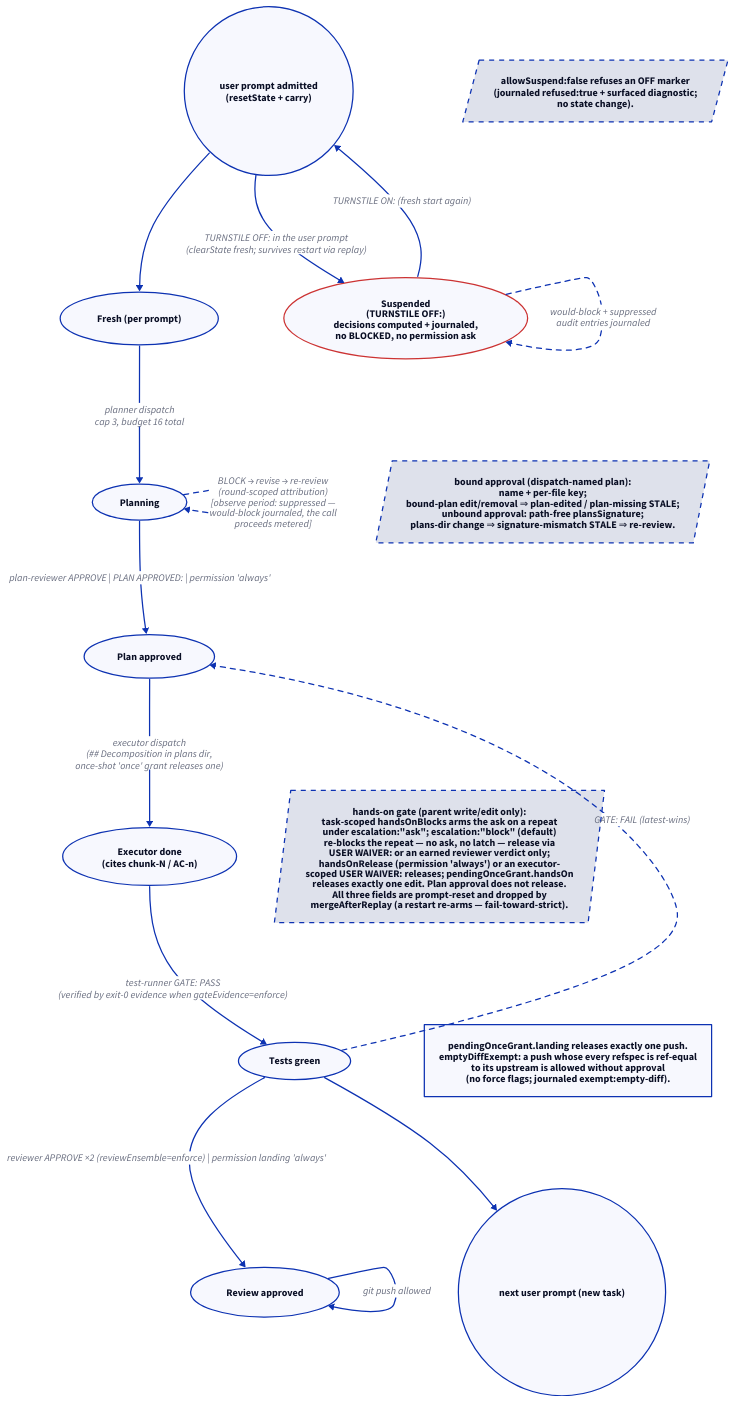
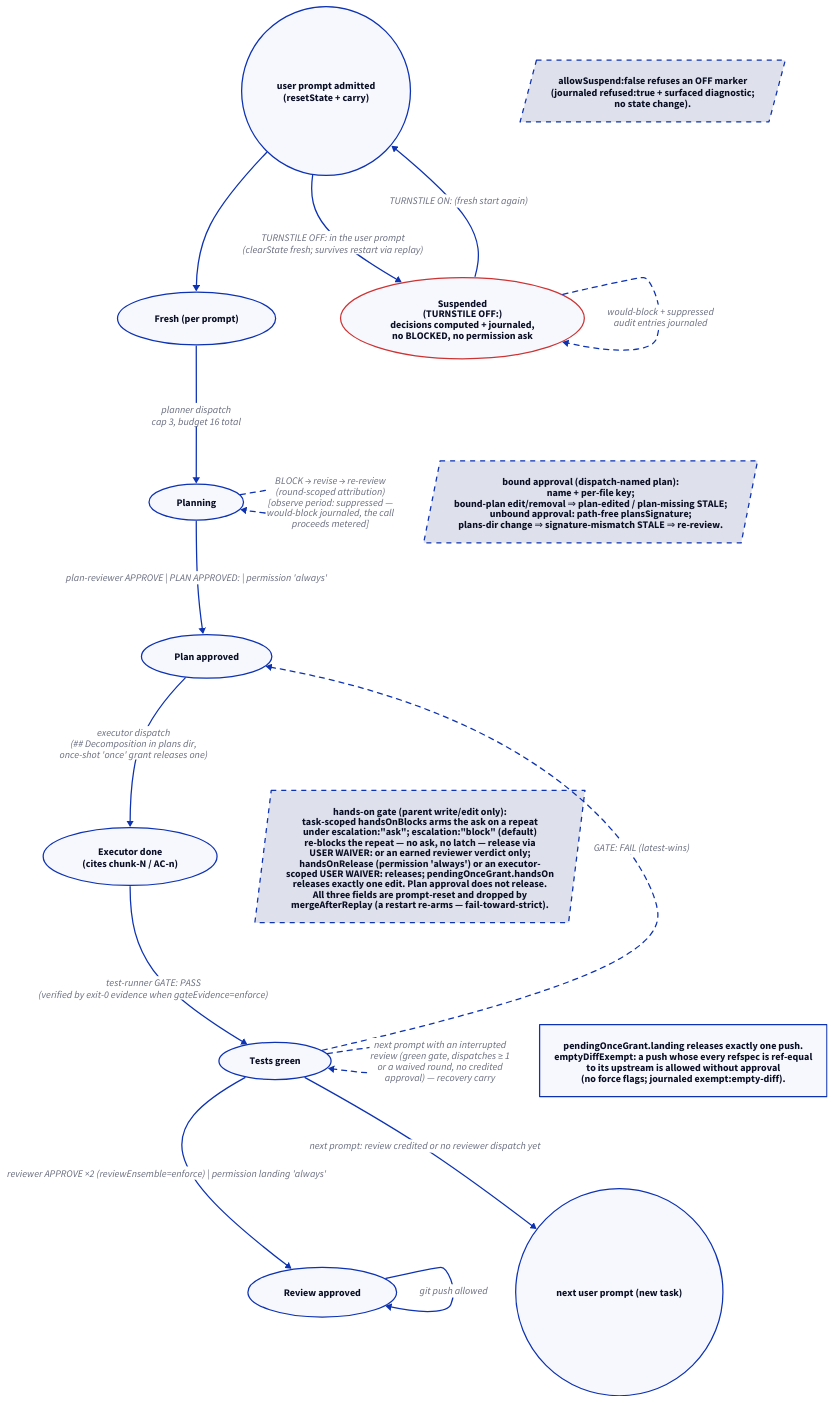
Before and after one commit to edseabolt/turnstile: the diagram in docs/diagrams/d04-gate-state.d2, drawn with D2. The commit also changed 11 other files, not shown here.

Commit message:
fix(replay): recover interrupted review state from journal

```diff
--- a/docs/diagrams/d04-gate-state.d2
+++ b/docs/diagrams/d04-gate-state.d2
@@ -1,78 +1,81 @@
 direction: down
 
 fresh: "Fresh (per prompt)" {
   shape: oval
 }
 planning: "Planning" {
   shape: oval
 }
 planok: "Plan approved" {
   shape: oval
 }
 executor: "Executor done\n(cites chunk-N / AC-n)" {
   shape: oval
 }
 green: "Tests green" {
   shape: oval
 }
 reviewed: "Review approved" {
   shape: oval
 }
 end: "next user prompt (new task)" {
   shape: circle
 }
 
 start: "user prompt admitted\n(resetState + carry)" {
   shape: circle
 }
 
 start -> fresh
 fresh -> planning: "planner dispatch\ncap 3, budget 16 total"
 planning -> planok: "plan-reviewer APPROVE | PLAN APPROVED: | permission 'always'"
 planning -> planning: "BLOCK → revise → re-review\n(round-scoped attribution)\n[observe period: suppressed —\nwould-block journaled, the call\nproceeds metered]" {
   style.stroke-dash: 4
 }
 planok -> executor: "executor dispatch\n(## Decomposition in plans dir,\nonce-shot 'once' grant releases one)"
 executor -> green: "test-runner GATE: PASS\n(verified by exit-0 evidence when gateEvidence=enforce)"
 green -> planok: "GATE: FAIL (latest-wins)" {
   style.stroke-dash: 4
 }
 green -> reviewed: "reviewer APPROVE ×2 (reviewEnsemble=enforce) | permission landing 'always'"
 reviewed -> reviewed: "git push allowed"
-green -> end
+green -> end: "next prompt: review credited or no reviewer dispatch yet"
+green -> green: "next prompt with an interrupted\nreview (green gate, dispatches ≥ 1\nor a waived round, no credited\napproval) — recovery carry" {
+  style.stroke-dash: 4
+}
 
 suspend: "Suspended\n(TURNSTILE OFF:)\ndecisions computed + journaled,\nno BLOCKED, no permission ask" {
   shape: oval
   style.stroke: "#c33"
 }
 suspend -> suspend: "would-block + suppressed\naudit entries journaled" {
   style.stroke-dash: 4
 }
 start -> suspend: "TURNSTILE OFF: in the user prompt\n(clearState fresh; survives restart via replay)"
 suspend -> start: "TURNSTILE ON: (fresh start again)"
 refused-note: "allowSuspend:false refuses an OFF marker\n(journaled refused:true + surfaced diagnostic;\nno state change)." {
   style.stroke-dash: 4
   shape: parallelogram
 }
 refused-note -> suspend: "" {
   style.opacity: 0
 }
 
 planok-note: "bound approval (dispatch-named plan):\nname + per-file key;\nbound-plan edit/removal ⇒ plan-edited / plan-missing STALE;\nunbound approval: path-free plansSignature;\nplans-dir change ⇒ signature-mismatch STALE ⇒ re-review." {
   style.stroke-dash: 4
   shape: parallelogram
 }
 reviewed-note: "pendingOnceGrant.landing releases exactly one push.\nemptyDiffExempt: a push whose every refspec is ref-equal\nto its upstream is allowed without approval\n(no force flags; journaled exempt:empty-diff)."
 handson-note: "hands-on gate (parent write/edit only):\ntask-scoped handsOnBlocks arms the ask on a repeat\nunder escalation:\"ask\"; escalation:\"block\" (default)\nre-blocks the repeat — no ask, no latch — release via\nUSER WAIVER: or an earned reviewer verdict only;\nhandsOnRelease (permission 'always') or an executor-\nscoped USER WAIVER: releases; pendingOnceGrant.handsOn\nreleases exactly one edit. Plan approval does not release.\nAll three fields are prompt-reset and dropped by\nmergeAfterReplay (a restart re-arms — fail-toward-strict)." {
   style.stroke-dash: 4
   shape: parallelogram
 }
 planok-note -> planok: "" {
   style.opacity: 0
 }
 reviewed-note -> reviewed: "" {
   style.opacity: 0
 }
 handson-note -> green: "" {
   style.opacity: 0
 }
```
